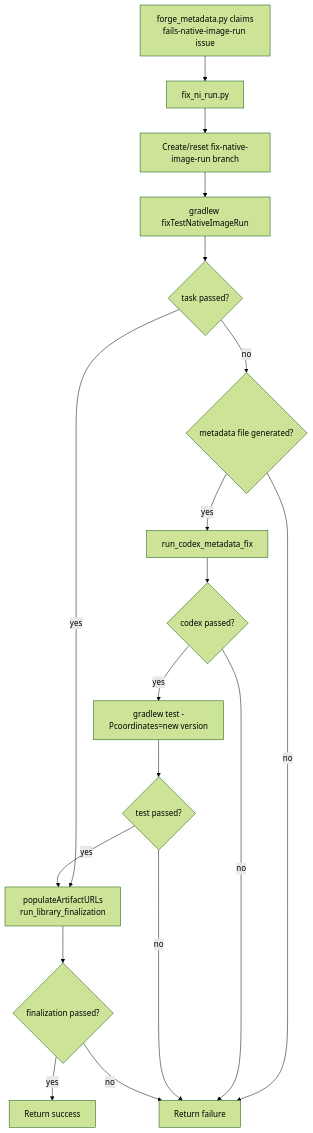
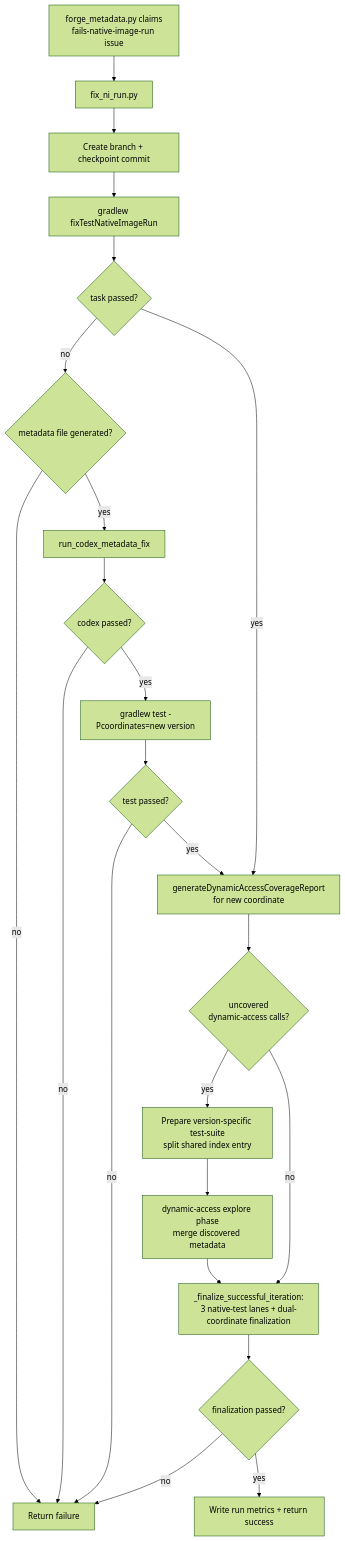
Before and after one commit to oracle/graalvm-reachability-metadata: the diagram in forge/docs/workflows/native-image-run-fix.md, drawn with Mermaid (forest theme). The commit also changed other lines of this file and 2 other files, not shown here.

Commit message:
Fix finalization path and exploration for fix NI run.

````diff
--- a/forge/docs/workflows/native-image-run-fix.md
+++ b/forge/docs/workflows/native-image-run-fix.md
@@ -38,20 +45,25 @@
 ```mermaid
 flowchart TD
     Claim[forge_metadata.py claims<br/>fails-native-image-run issue] --> Entry[fix_ni_run.py]
-    Entry --> Branch[Create/reset fix-native-image-run branch]
+    Entry --> Branch[Create branch + checkpoint commit]
     Branch --> GradleFix[gradlew fixTestNativeImageRun]
     GradleFix --> FixOK{task passed?}
-    FixOK -- yes --> Finalize[populateArtifactURLs<br/>run_library_finalization]
     FixOK -- no --> Metadata{metadata file generated?}
     Metadata -- no --> Fail[Return failure]
     Metadata -- yes --> Codex[run_codex_metadata_fix]
     Codex --> CodexOK{codex passed?}
     CodexOK -- no --> Fail
     CodexOK -- yes --> Test[gradlew test -Pcoordinates=new version]
     Test --> TestOK{test passed?}
     TestOK -- no --> Fail
-    TestOK -- yes --> Finalize
+    TestOK -- yes --> Report
+    FixOK -- yes --> Report[generateDynamicAccessCoverageReport<br/>for new coordinate]
+    Report --> Uncovered{uncovered<br/>dynamic-access calls?}
+    Uncovered -- yes --> Prep[Prepare version-specific test-suite<br/>split shared index entry]
+    Prep --> Explore[dynamic-access explore phase<br/>merge discovered metadata]
+    Explore --> Finalize
+    Uncovered -- no --> Finalize[_finalize_successful_iteration:<br/>3 native-test lanes + dual-coordinate finalization]
     Finalize --> FinalOK{finalization passed?}
-    FinalOK -- yes --> Success[Return success]
+    FinalOK -- yes --> Metrics[Write run metrics + return success]
     FinalOK -- no --> Fail
 ```
````
